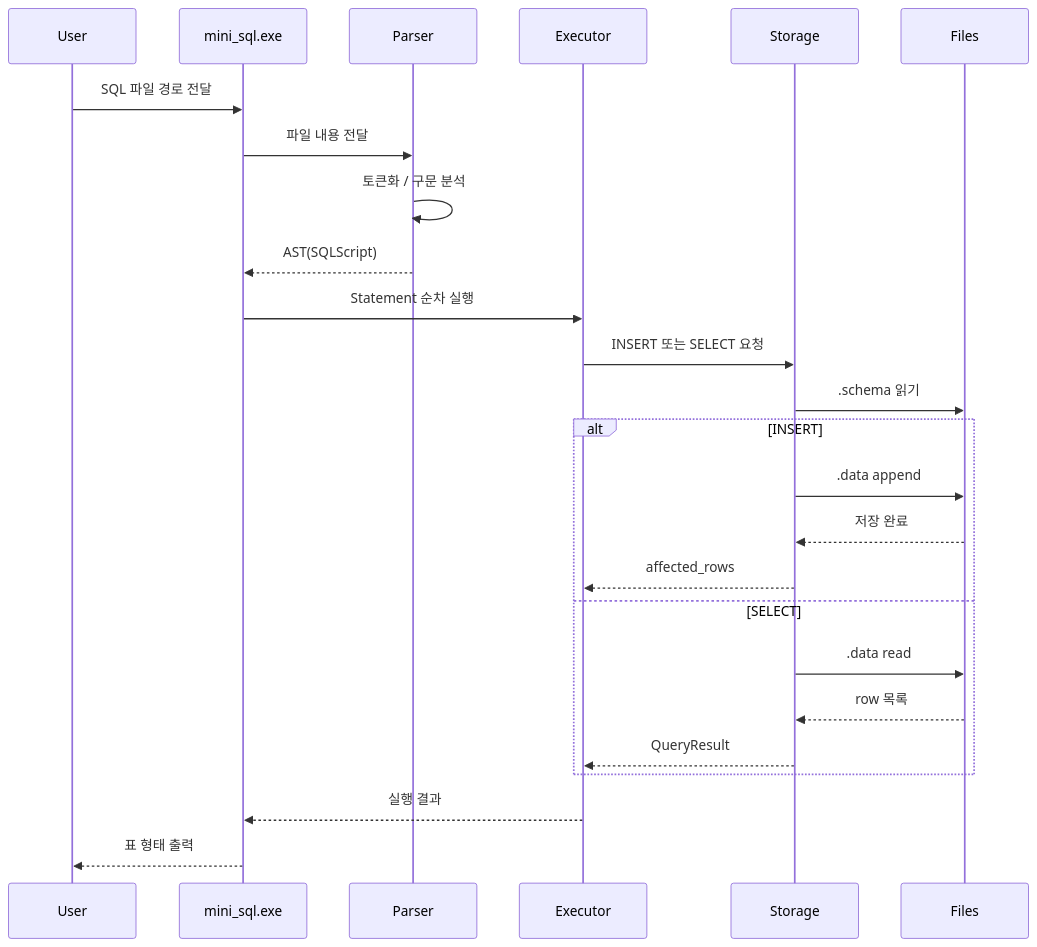
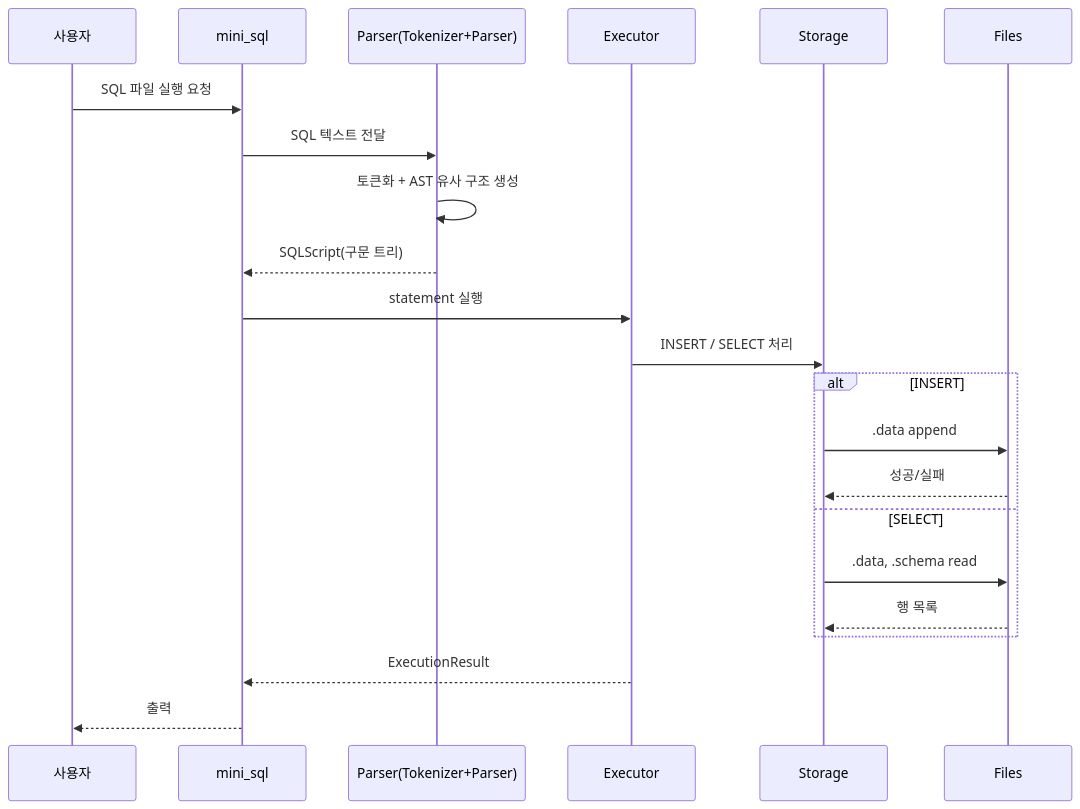
Before and after one commit to iamnuked/wk06-mini-sql: the second of 3 diagrams in README.md, drawn with Mermaid. The commit also changed other lines of this file, not shown here.

Commit message:
Update README for merged parser lexer and removed AST modules

````diff
--- a/README.md
+++ b/README.md
@@ -51,28 +44,25 @@
 ```mermaid
 sequenceDiagram
-    participant U as User
-    participant CLI as mini_sql.exe
-    participant P as Parser
+    participant U as 사용자
+    participant CLI as mini_sql
+    participant P as Parser(Tokenizer+Parser)
     participant X as Executor
     participant S as Storage
     participant F as Files
 
-    U->>CLI: SQL 파일 경로 전달
-    CLI->>P: 파일 내용 전달
-    P->>P: 토큰화 / 구문 분석
-    P-->>CLI: AST(SQLScript)
-    CLI->>X: Statement 순차 실행
-    X->>S: INSERT 또는 SELECT 요청
-    S->>F: .schema 읽기
+    U->>CLI: SQL 파일 실행 요청
+    CLI->>P: SQL 텍스트 전달
+    P->>P: 토큰화 + AST 유사 구조 생성
+    P-->>CLI: SQLScript(구문 트리)
+    CLI->>X: statement 실행
+    X->>S: INSERT / SELECT 처리
     alt INSERT
         S->>F: .data append
-        F-->>S: 저장 완료
-        S-->>X: affected_rows
+        F-->>S: 성공/실패
     else SELECT
-        S->>F: .data read
-        F-->>S: row 목록
-        S-->>X: QueryResult
+        S->>F: .data, .schema read
+        F-->>S: 행 목록
     end
-    X-->>CLI: 실행 결과
-    CLI-->>U: 표 형태 출력
+    X-->>CLI: ExecutionResult
+    CLI-->>U: 출력
 ```
````
